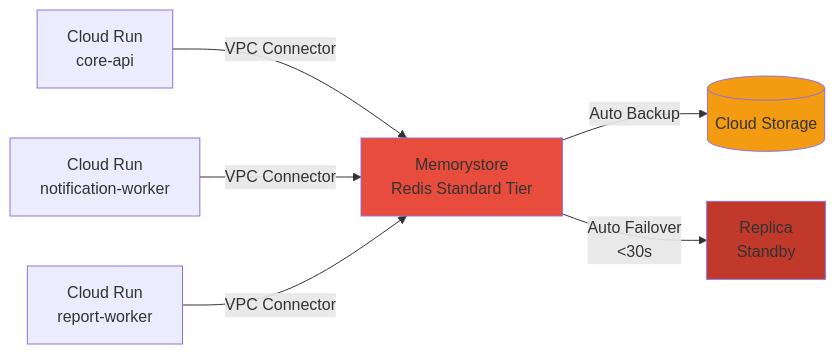
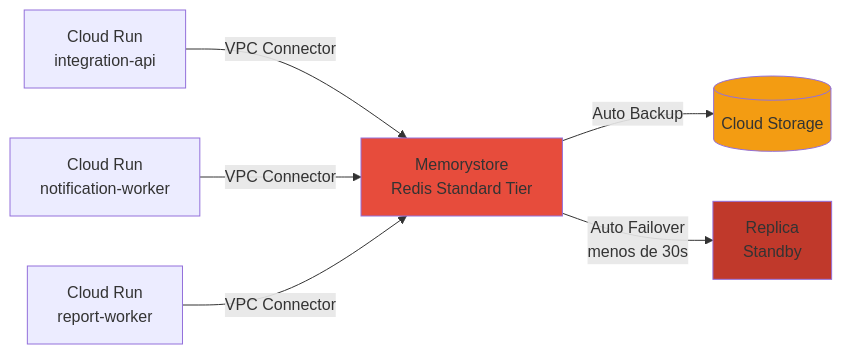
The first of 4 diagrams in presentations/infrastructure-gcp.md (developer-implementos/integration-presentations), drawn with Mermaid before and after one commit. The commit also changed other lines of this file and 15 other files, not shown here.

First line of the commit message:
feat: agregar Training Hub y corregir diagramas mermaid

````diff
--- a/presentations/infrastructure-gcp.md
+++ b/presentations/infrastructure-gcp.md
@@ -325,13 +325,13 @@
-```mermaid
+<div class="mermaid">
 graph LR
-    A[Cloud Run<br/>core-api] -->|VPC Connector| B[Memorystore<br/>Redis Standard Tier]
+    A[Cloud Run<br/>integration-api] -->|VPC Connector| B[Memorystore<br/>Redis Standard Tier]
     C[Cloud Run<br/>notification-worker] -->|VPC Connector| B
     D[Cloud Run<br/>report-worker] -->|VPC Connector| B
 
     B -->|Auto Backup| E[(Cloud Storage)]
-    B -->|Auto Failover<br/><30s| F[Replica<br/>Standby]
+    B -->|Auto Failover<br/>menos de 30s| F[Replica<br/>Standby]
 
     style B fill:#e74c3c
     style F fill:#c0392b
     style E fill:#f39c12
-```
+</div>
````
